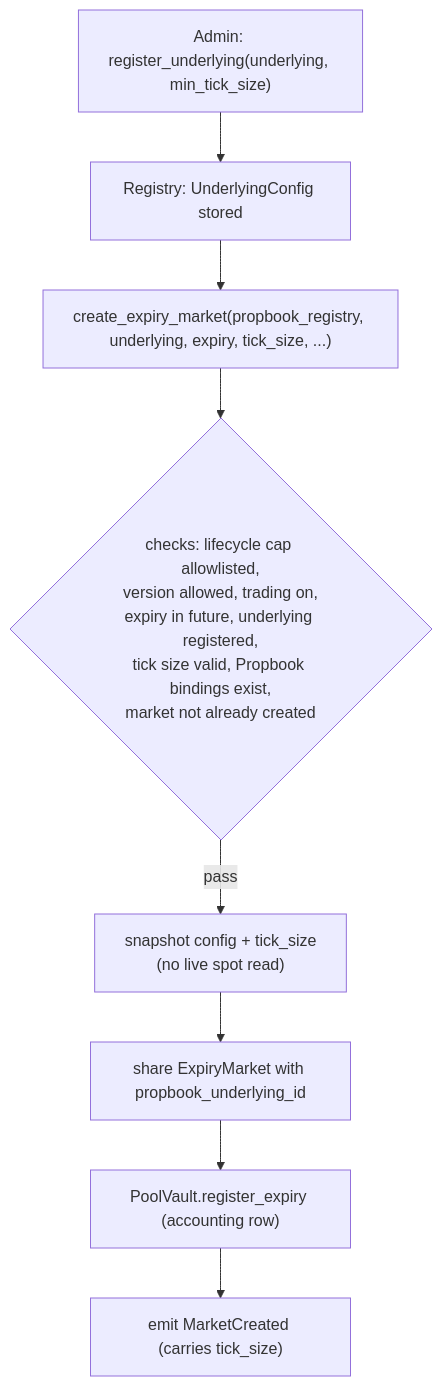
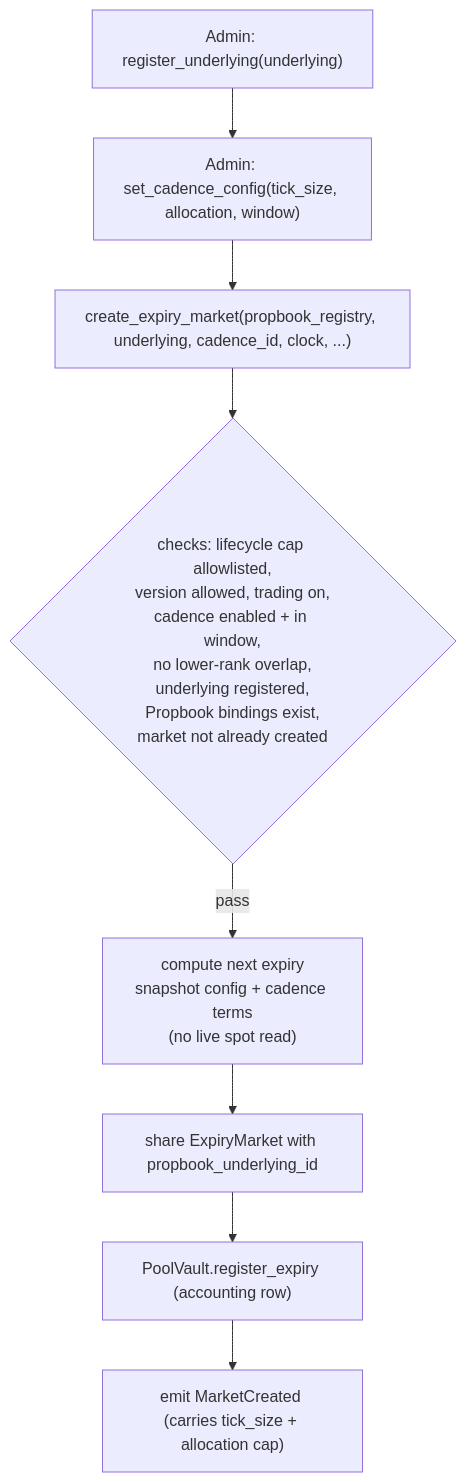
One commit to MystenLabs/deepbookv3 changed the first of 2 diagrams in packages/predict/docs/concepts/markets-and-positions.md. Above: the diagram before and after it, drawn with Mermaid. The commit also changed other lines of this file and 13 other files, not shown here.

````diff
--- a/packages/predict/docs/concepts/markets-and-positions.md
+++ b/packages/predict/docs/concepts/markets-and-positions.md
@@ -25,10 +26,10 @@
 ```mermaid
 flowchart TD
-  A["Admin: register_underlying(underlying, min_tick_size)"] --> B["Registry: UnderlyingConfig stored"]
-  B --> C["create_expiry_market(propbook_registry, underlying, expiry, tick_size, ...)"]
-  C --> D{"checks: lifecycle cap allowlisted,<br/>version allowed, trading on,<br/>expiry in future, underlying registered,<br/>tick size valid, Propbook bindings exist,<br/>market not already created"}
-  D -->|pass| E["snapshot config + tick_size<br/>(no live spot read)"]
+  A["Admin: register_underlying(underlying)"] --> B["Admin: set_cadence_config(tick_size, allocation, window)"]
+  B --> C["create_expiry_market(propbook_registry, underlying, cadence_id, clock, ...)"]
+  C --> D{"checks: lifecycle cap allowlisted,<br/>version allowed, trading on,<br/>cadence enabled + in window,<br/>no lower-rank overlap,<br/>underlying registered,<br/>Propbook bindings exist,<br/>market not already created"}
+  D -->|pass| E["compute next expiry<br/>snapshot config + cadence terms<br/>(no live spot read)"]
   E --> F["share ExpiryMarket with propbook_underlying_id"]
   F --> G["PoolVault.register_expiry (accounting row)"]
-  G --> H["emit MarketCreated (carries tick_size)"]
+  G --> H["emit MarketCreated (carries tick_size + allocation cap)"]
 ```
````
